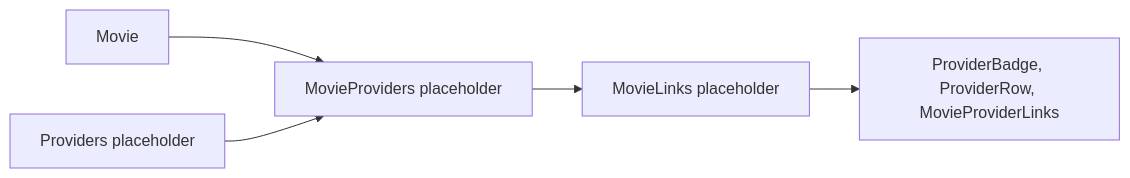
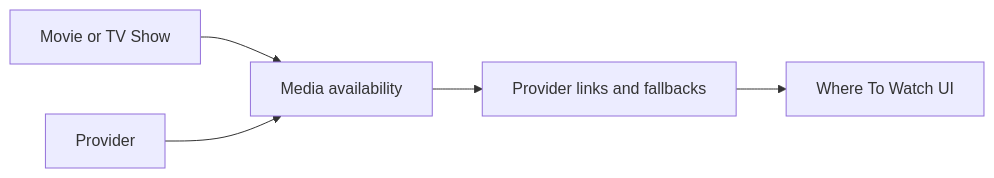
Before and after one commit to TerryFoster1/flim: the diagram in docs/streaming-provider-strategy.md, drawn with Mermaid. The commit also changed other lines of this file and 11 other files, not shown here.

Commit message:
Add master entertainment roadmap

````diff
--- a/docs/streaming-provider-strategy.md
+++ b/docs/streaming-provider-strategy.md
@@ -41,7 +74,7 @@
 ```mermaid
 flowchart LR
-  Movie["Movie"] --> MovieProvider["MovieProviders placeholder"]
-  Provider["Providers placeholder"] --> MovieProvider
-  MovieProvider --> MovieLinks["MovieLinks placeholder"]
-  MovieLinks --> Client["ProviderBadge, ProviderRow, MovieProviderLinks"]
+  Media["Movie or TV Show"] --> Availability["Media availability"]
+  Provider["Provider"] --> Availability
+  Availability --> Links["Provider links and fallbacks"]
+  Links --> Client["Where To Watch UI"]
 ```
````
